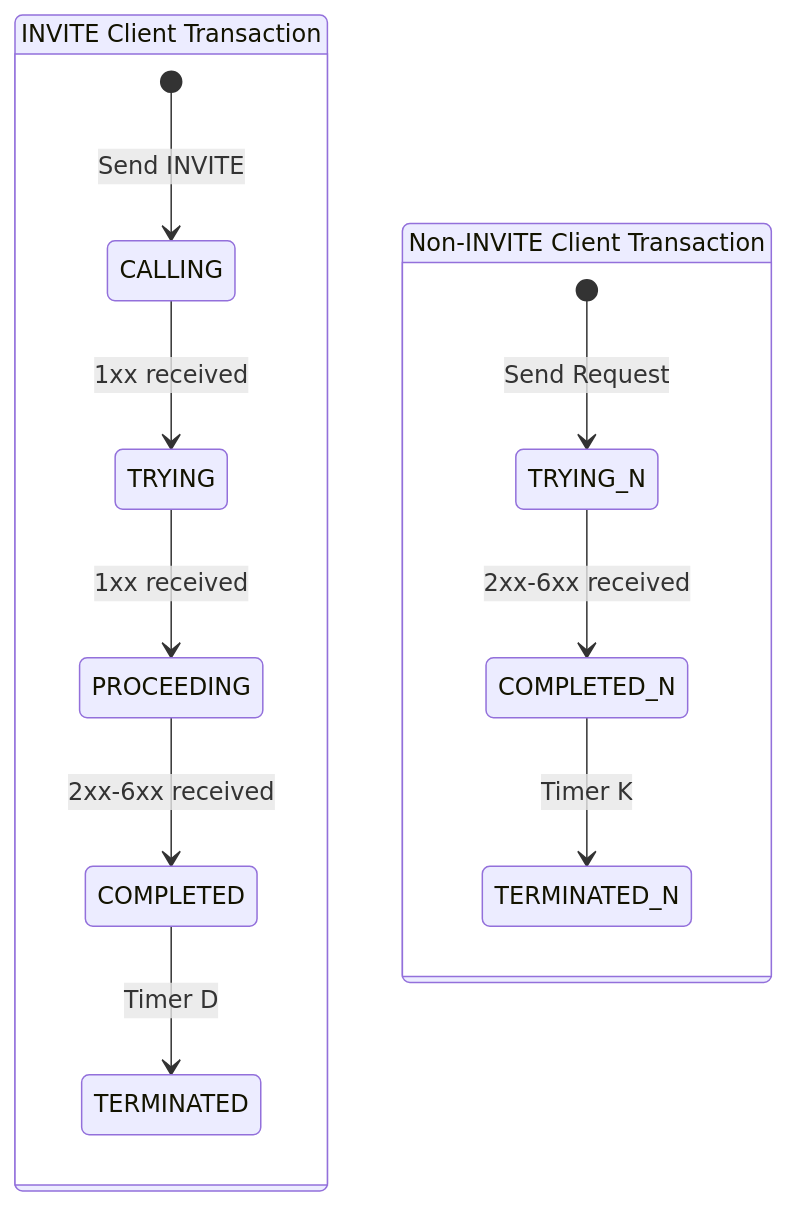
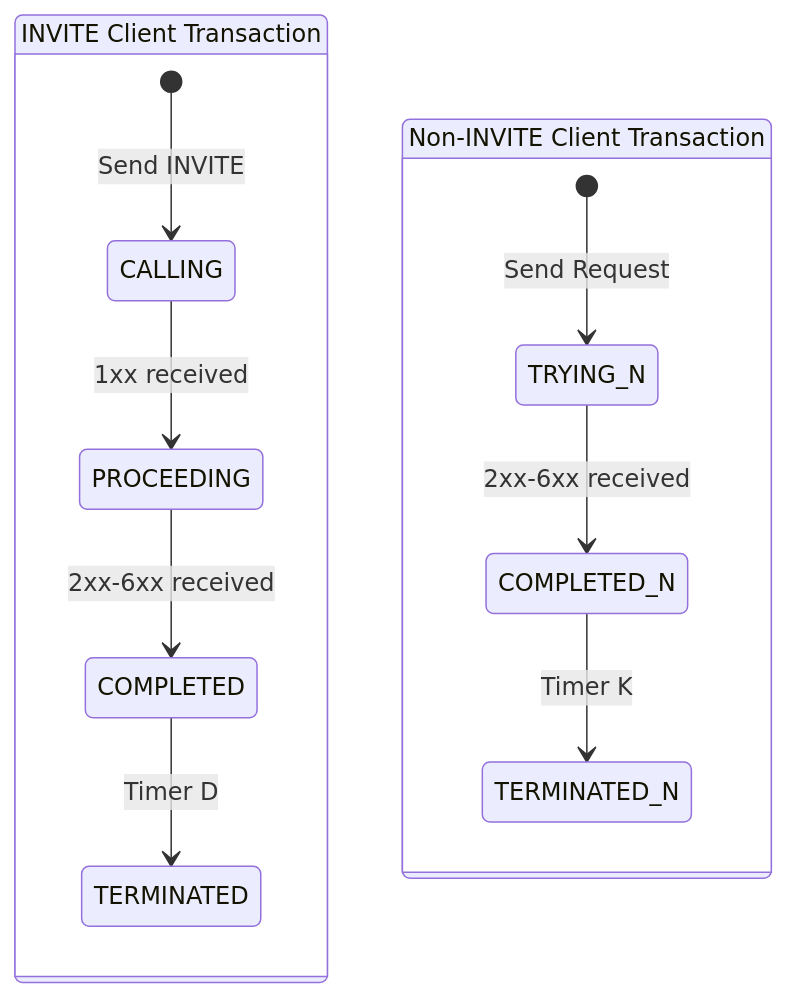
The fifth of 9 diagrams in docs/SDD.md (oornnery/sipx), drawn with Mermaid before and after one commit. The commit also changed other lines of this file and 77 other files, not shown here.

````diff
--- a/docs/SDD.md
+++ b/docs/SDD.md
@@ -516,16 +516,15 @@
 ```mermaid
 stateDiagram-v2
     state "INVITE Client Transaction" as ICT {
         [*] --> CALLING: Send INVITE
-        CALLING --> TRYING: 1xx received
-        TRYING --> PROCEEDING: 1xx received
+        CALLING --> PROCEEDING: 1xx received
         PROCEEDING --> COMPLETED: 2xx-6xx received
         COMPLETED --> TERMINATED: Timer D
     }
 
     state "Non-INVITE Client Transaction" as NICT {
         [*] --> TRYING_N: Send Request
         TRYING_N --> COMPLETED_N: 2xx-6xx received
         COMPLETED_N --> TERMINATED_N: Timer K
     }
 ```
````
